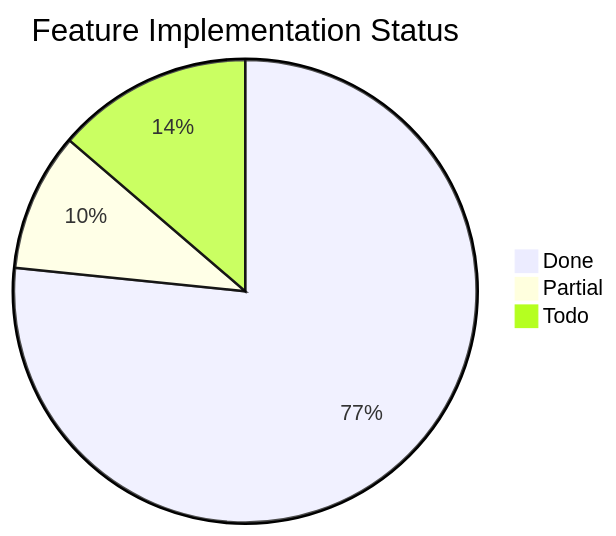
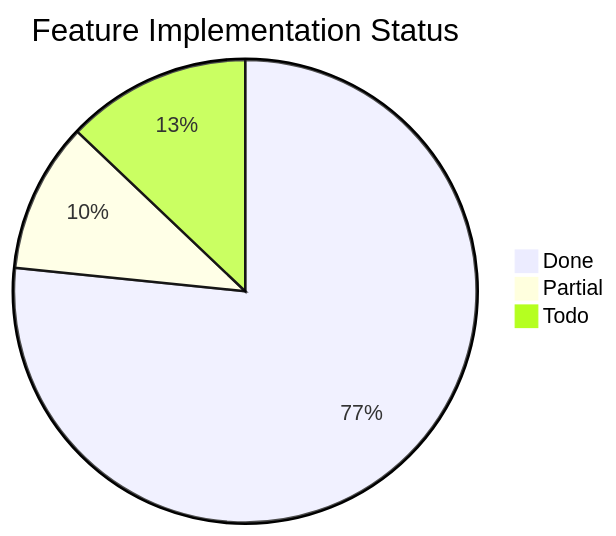
Before and after one commit to Papyrine/Morph: the third of 3 diagrams in docs/word-features.md, drawn with Mermaid. The commit also changed other lines of this file and 3 other files, not shown here.

````diff
--- a/docs/word-features.md
+++ b/docs/word-features.md
@@ -1906,6 +1910,6 @@
 ```mermaid
 pie title Feature Implementation Status
     "Done" : 95
-    "Partial" : 12
-    "Todo" : 17
+    "Partial" : 13
+    "Todo" : 16
 ```
````
